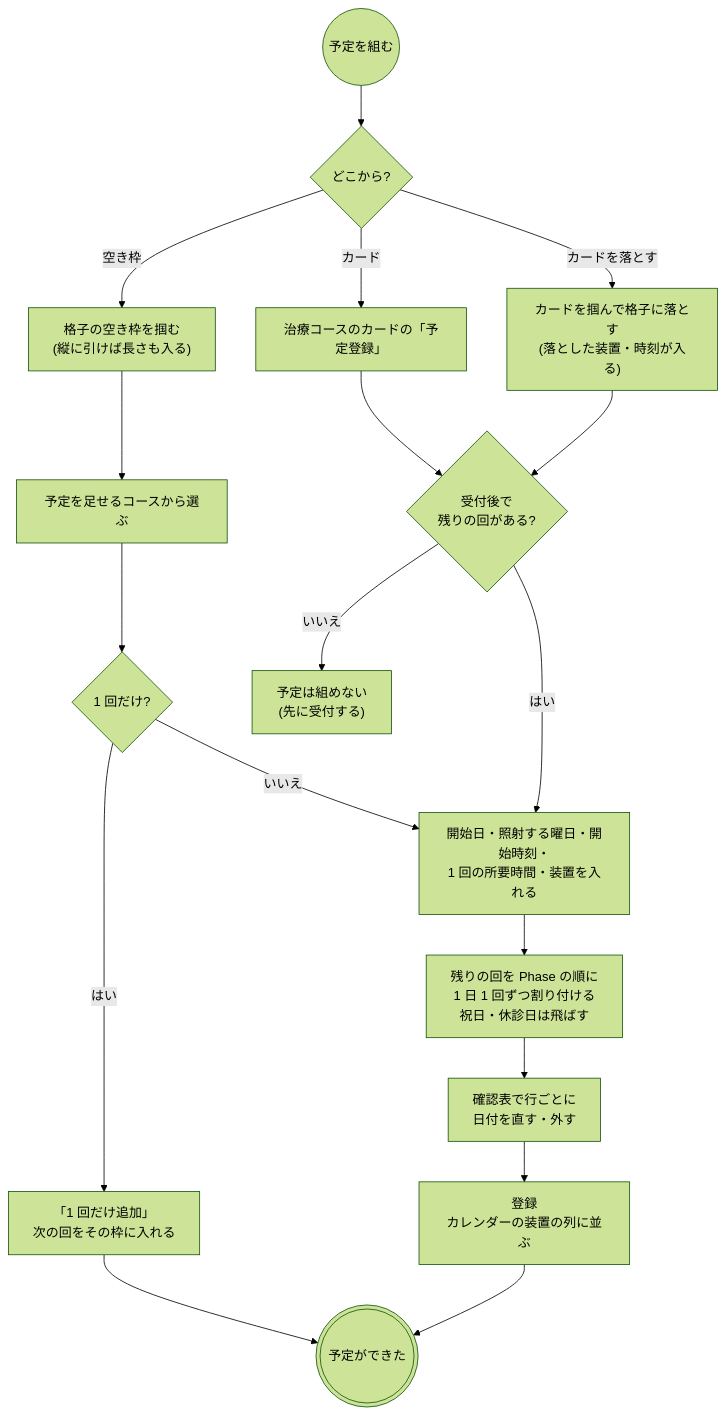
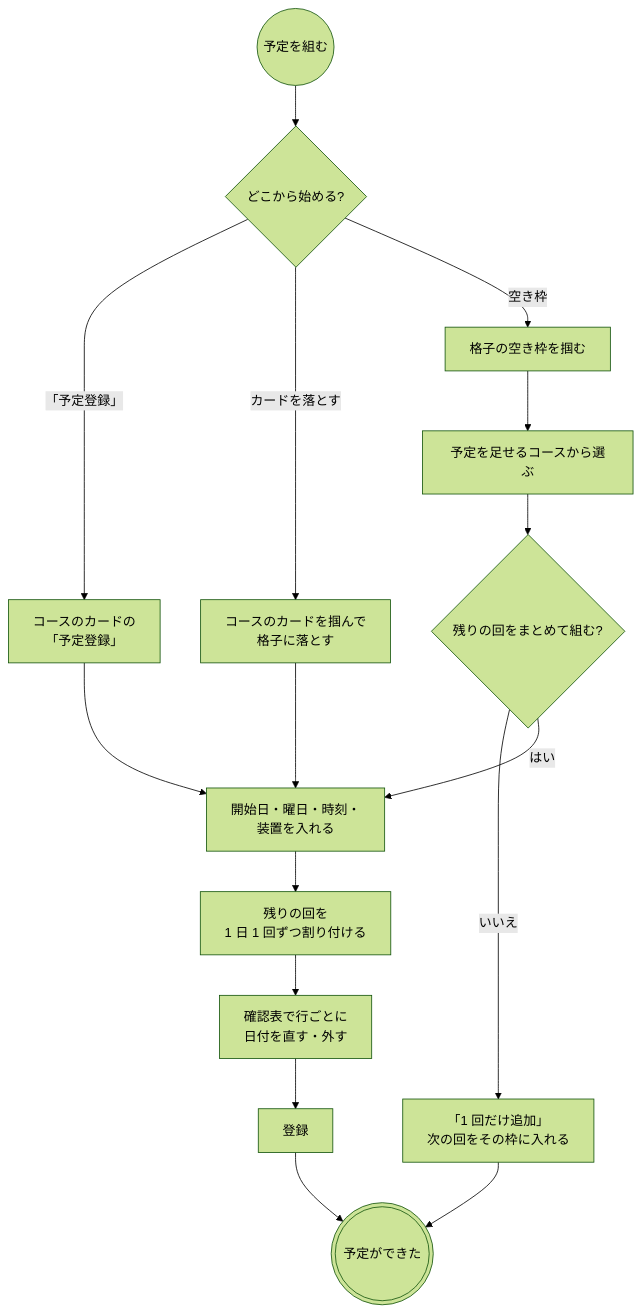
One commit to ysnr-dev/fhir-client-docs changed the third of 6 diagrams in docs/flows/radiotherapy.md. Above: the diagram before and after it, drawn with Mermaid (forest theme). The commit also changed other lines of this file and 43 other files, not shown here.

Commit message:
docs: 業務フローとシーケンス図を写し直し

````diff
--- a/docs/flows/radiotherapy.md
+++ b/docs/flows/radiotherapy.md
@@ -145,27 +200,24 @@
 ```mermaid
 flowchart TD
   start(("予定を組む"))
-  entry{"どこから?"}
-  card["治療コースのカードの「予定登録」"]
-  drop["カードを掴んで格子に落とす<br/>(落とした装置・時刻が入る)"]
-  slot["格子の空き枠を掴む<br/>(縦に引けば長さも入る)"]
+  entry{"どこから始める?"}
+  card["コースのカードの<br/>「予定登録」"]
+  drop["コースのカードを掴んで<br/>格子に落とす"]
+  slot["格子の空き枠を掴む"]
   pick["予定を足せるコースから選ぶ"]
-  one{"1 回だけ?"}
+  bulkQ{"残りの回をまとめて組む?"}
   add["「1 回だけ追加」<br/>次の回をその枠に入れる"]
-  accepted{"受付後で<br/>残りの回がある?"}
-  stop["予定は組めない<br/>(先に受付する)"]
-  options["開始日・照射する曜日・開始時刻・<br/>1 回の所要時間・装置を入れる"]
-  draft["残りの回を Phase の順に<br/>1 日 1 回ずつ割り付ける<br/>祝日・休診日は飛ばす"]
+  options["開始日・曜日・時刻・<br/>装置を入れる"]
+  draft["残りの回を<br/>1 日 1 回ずつ割り付ける"]
   check["確認表で行ごとに<br/>日付を直す・外す"]
-  save["登録<br/>カレンダーの装置の列に並ぶ"]
+  save["登録"]
   done((("予定ができた")))
 
   start --> entry
-  entry -- "カード" --> card --> accepted
-  entry -- "カードを落とす" --> drop --> accepted
-  entry -- "空き枠" --> slot --> pick --> one
-  one -- "はい" --> add --> done
-  one -- "いいえ" --> options
-  accepted -- "いいえ" --> stop
-  accepted -- "はい" --> options --> draft --> check --> save --> done
+  entry -- "「予定登録」" --> card --> options
+  entry -- "カードを落とす" --> drop --> options
+  entry -- "空き枠" --> slot --> pick --> bulkQ
+  bulkQ -- "いいえ" --> add --> done
+  bulkQ -- "はい" --> options
+  options --> draft --> check --> save --> done
 ```
````
